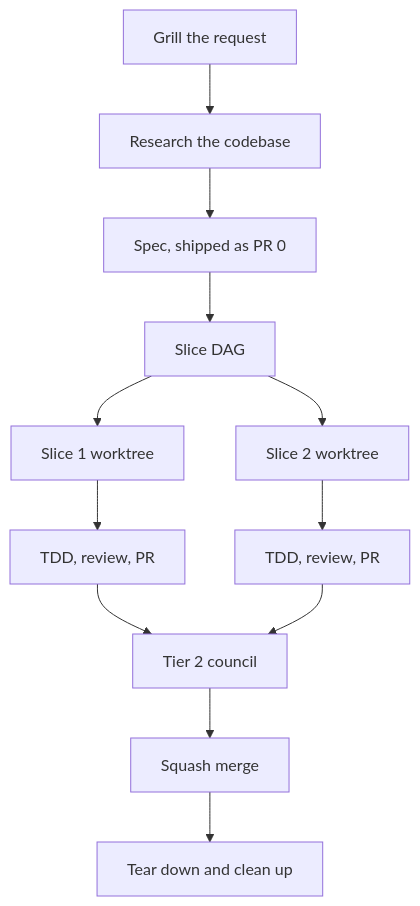
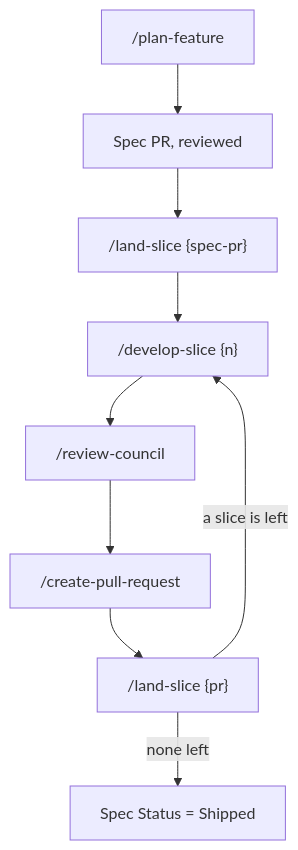
The diagram in docs/sops/develop-a-feature-sop.md (psarma89/plane), drawn with Mermaid before and after one commit. The commit also changed other lines of this file, not shown here.

````diff
--- a/docs/sops/develop-a-feature-sop.md
+++ b/docs/sops/develop-a-feature-sop.md
@@ -23,14 +26,11 @@
 ```mermaid
 flowchart TD
-    A[Grill the request] --> B[Research the codebase]
-    B --> C[Spec, shipped as PR 0]
-    C --> D[Slice DAG]
-    D --> E[Slice 1 worktree]
-    D --> F[Slice 2 worktree]
-    E --> G[TDD, review, PR]
-    F --> H[TDD, review, PR]
-    G --> I[Tier 2 council]
-    H --> I
-    I --> J[Squash merge]
-    J --> K[Tear down and clean up]
+    A["/plan-feature"] --> B["Spec PR, reviewed"]
+    B --> C["/land-slice {spec-pr}"]
+    C --> D["/develop-slice {n}"]
+    D --> E["/review-council"]
+    E --> F["/create-pull-request"]
+    F --> G["/land-slice {pr}"]
+    G -->|a slice is left| D
+    G -->|none left| H["Spec Status = Shipped"]
 ```
````
